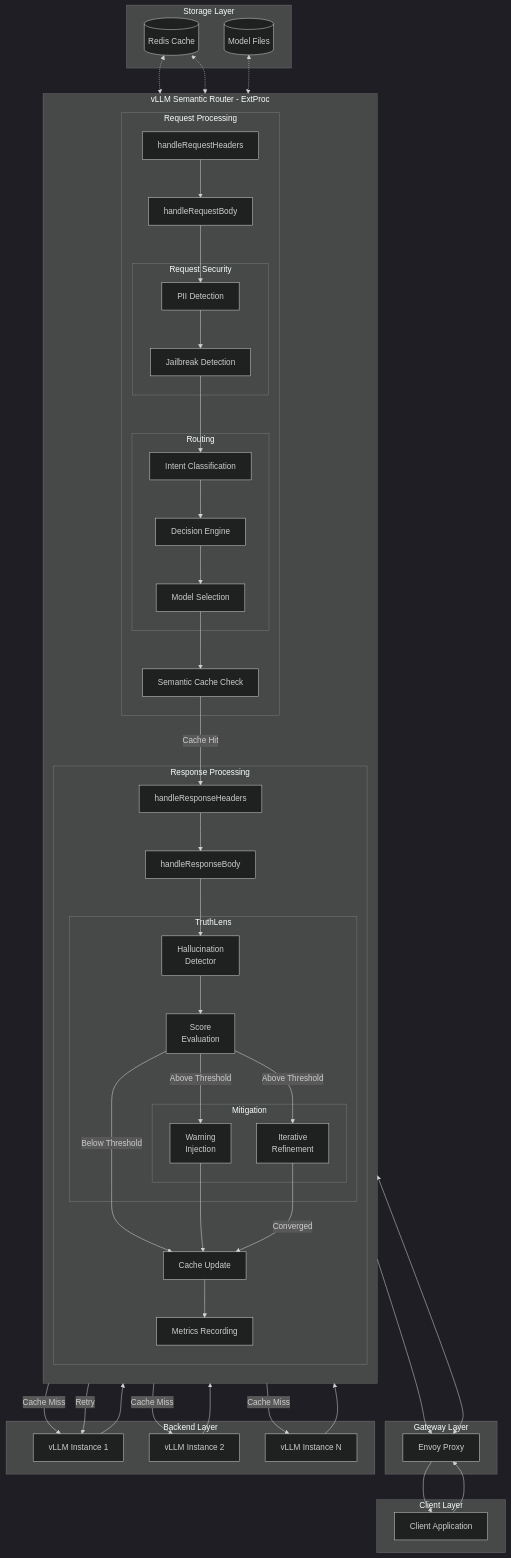
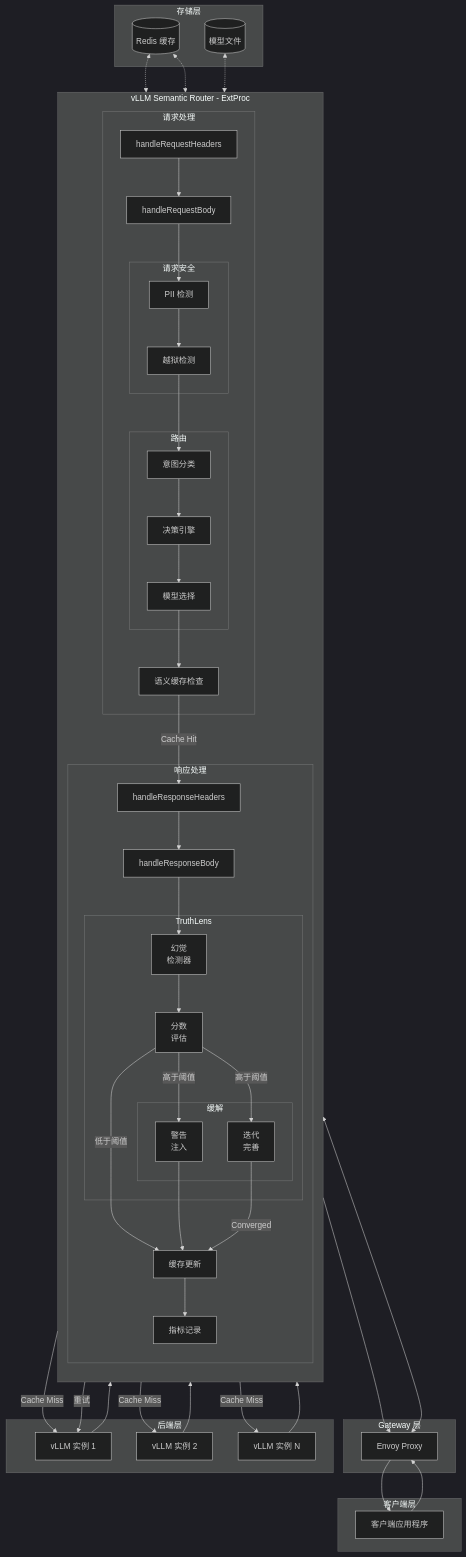
One commit to vllm-project/semantic-router changed diagram 14 of 14 in website/i18n/zh-Hans/docusaurus-plugin-content-docs/current/proposals/hallucination-mitigation-milestone.md. Above: the diagram before and after it, drawn with Mermaid (dark theme). The commit also changed other lines of this file and 7 other files, not shown here.

````diff
--- a/website/i18n/zh-Hans/docusaurus-plugin-content-docs/current/proposals/hallucination-mitigation-milestone.md
+++ b/website/i18n/zh-Hans/docusaurus-plugin-content-docs/current/proposals/hallucination-mitigation-milestone.md
@@ -1267,62 +1274,62 @@
 ```mermaid
 flowchart TB
-    subgraph "Client Layer"
-        CLIENT[Client Application]
+    subgraph "客户端层"
+        CLIENT[客户端应用程序]
     end
 
-    subgraph "Gateway Layer"
+    subgraph "Gateway 层"
         ENVOY[Envoy Proxy]
     end
 
     subgraph "vLLM Semantic Router - ExtProc"
         direction TB
 
-        subgraph "Request Processing"
+        subgraph "请求处理"
             REQ_H[handleRequestHeaders]
             REQ_B[handleRequestBody]
 
-            subgraph "Request Security"
-                PII_REQ[PII Detection]
-                JAIL[Jailbreak Detection]
+            subgraph "请求安全"
+                PII_REQ[PII 检测]
+                JAIL[越狱检测]
             end
 
-            subgraph "Routing"
-                CLASS[Intent Classification]
-                DECISION[Decision Engine]
-                MODEL_SEL[Model Selection]
+            subgraph "路由"
+                CLASS[意图分类]
+                DECISION[决策引擎]
+                MODEL_SEL[模型选择]
             end
 
-            CACHE_CHK[Semantic Cache Check]
+            CACHE_CHK[语义缓存检查]
         end
 
-        subgraph "Response Processing"
+        subgraph "响应处理"
             RES_H[handleResponseHeaders]
             RES_B[handleResponseBody]
 
             subgraph "TruthLens"
-                DETECT[Hallucination<br/>Detector]
-                SCORE[Score<br/>Evaluation]
+                DETECT[幻觉<br/>检测器]
+                SCORE[分数<br/>评估]
 
-                subgraph "Mitigation"
-                    WARN[Warning<br/>Injection]
-                    REFINE[Iterative<br/>Refinement]
+                subgraph "缓解"
+                    WARN[警告<br/>注入]
+                    REFINE[迭代<br/>完善]
                 end
             end
 
-            CACHE_UPD[Cache Update]
-            METRICS[Metrics Recording]
+            CACHE_UPD[缓存更新]
+            METRICS[指标记录]
         end
     end
 
-    subgraph "Backend Layer"
-        VLLM1[vLLM Instance 1]
-        VLLM2[vLLM Instance 2]
-        VLLMn[vLLM Instance N]
+    subgraph "后端层"
+        VLLM1[vLLM 实例 1]
+        VLLM2[vLLM 实例 2]
+        VLLMn[vLLM 实例 N]
     end
 
-    subgraph "Storage Layer"
-        REDIS[(Redis Cache)]
-        MODELS[(Model Files)]
+    subgraph "存储层"
+        REDIS[(Redis 缓存)]
+        MODELS[(模型文件)]
     end
 
     CLIENT --> ENVOY
@@ -1348,12 +1355,12 @@
     RES_B --> DETECT
     DETECT --> SCORE
 
-    SCORE -->|Below Threshold| CACHE_UPD
-    SCORE -->|Above Threshold| WARN
-    SCORE -->|Above Threshold| REFINE
+    SCORE -->|低于阈值| CACHE_UPD
+    SCORE -->|高于阈值| WARN
+    SCORE -->|高于阈值| REFINE
 
     WARN --> CACHE_UPD
-    REFINE -->|Retry| VLLM1
+    REFINE -->|重试| VLLM1
     REFINE -->|Converged| CACHE_UPD
 
     CACHE_UPD --> METRICS
````
